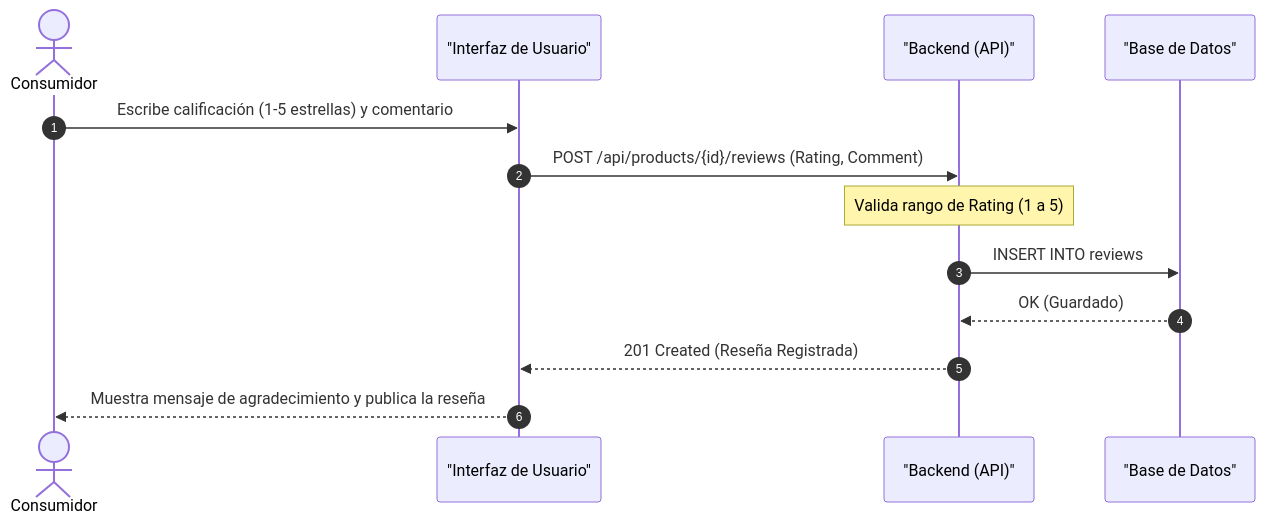
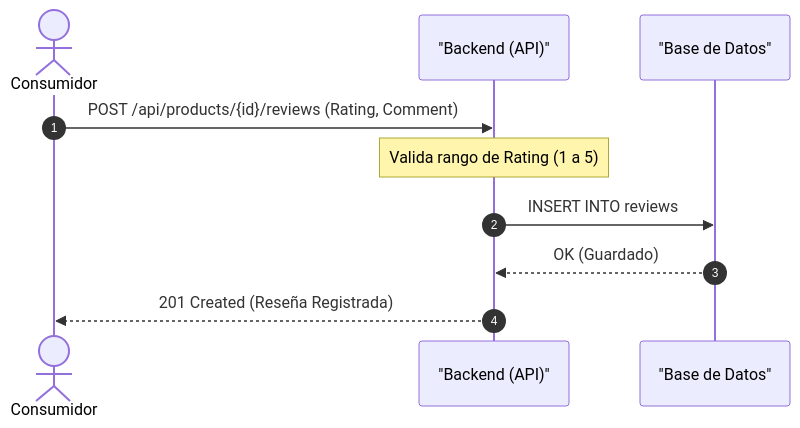
The fifth of 6 diagrams in retos/proyecto-final/MarketPlace/README.md (jbolivarz94/Diplomano.NET), drawn with Mermaid before and after one commit. The commit also changed other lines of this file and 17 other files, not shown here.

````diff
--- a/retos/proyecto-final/MarketPlace/README.md
+++ b/retos/proyecto-final/MarketPlace/README.md
@@ -214,16 +200,13 @@
 ```mermaid
 sequenceDiagram
     autonumber
     actor Consumidor
-    participant UI as "Interfaz de Usuario"
     participant API as "Backend (API)"
     participant DB as "Base de Datos"
 
-    Consumidor->>UI: Escribe calificación (1-5 estrellas) y comentario
-    UI->>API: POST /api/products/{id}/reviews (Rating, Comment)
+    Consumidor->>API: POST /api/products/{id}/reviews (Rating, Comment)
     Note over API: Valida rango de Rating (1 a 5)
     API->>DB: INSERT INTO reviews
     DB-->>API: OK (Guardado)
-    API-->>UI: 201 Created (Reseña Registrada)
-    UI-->>Consumidor: Muestra mensaje de agradecimiento y publica la reseña
+    API-->>Consumidor: 201 Created (Reseña Registrada)
 ```
````
